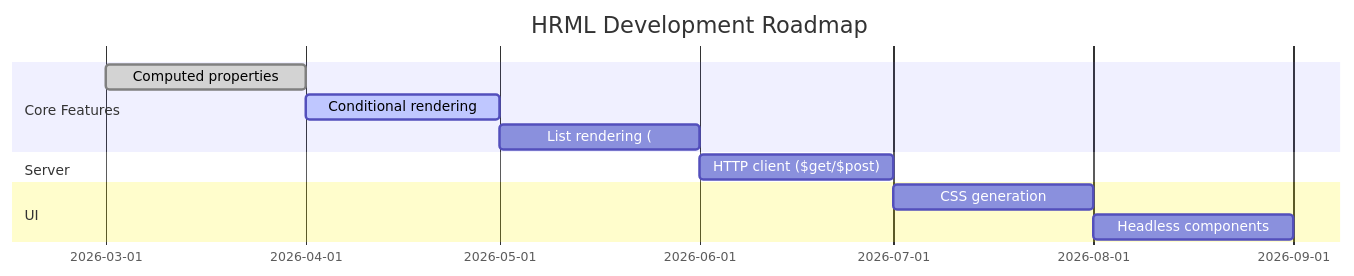
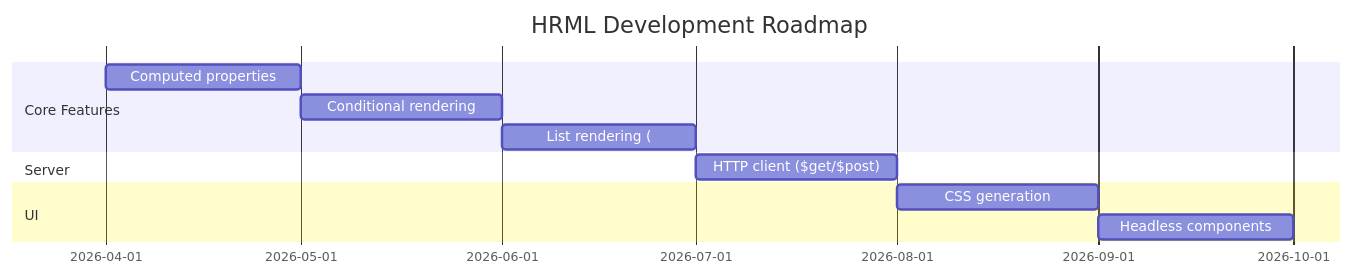
The second of 2 diagrams in README.md (mendexio/hrml), drawn with Mermaid before and after one commit.

Commit message:
docs: fix roadmap timeline to show realistic future dates

````diff
--- a/README.md
+++ b/README.md
@@ -146,14 +146,14 @@
 ```mermaid
 gantt
     title HRML Development Roadmap
     dateFormat YYYY-MM
     section Core Features
-    Computed properties          :done, 2026-03, 2026-04
-    Conditional rendering        :active, 2026-04, 2026-05
-    List rendering (:each)       :2026-05, 2026-06
+    Computed properties          :2026-04, 2026-05
+    Conditional rendering        :2026-05, 2026-06
+    List rendering (:each)       :2026-06, 2026-07
     section Server
-    HTTP client ($get/$post)     :2026-06, 2026-07
+    HTTP client ($get/$post)     :2026-07, 2026-08
     section UI
-    CSS generation               :2026-07, 2026-08
-    Headless components          :2026-08, 2026-09
+    CSS generation               :2026-08, 2026-09
+    Headless components          :2026-09, 2026-10
 ```
````
